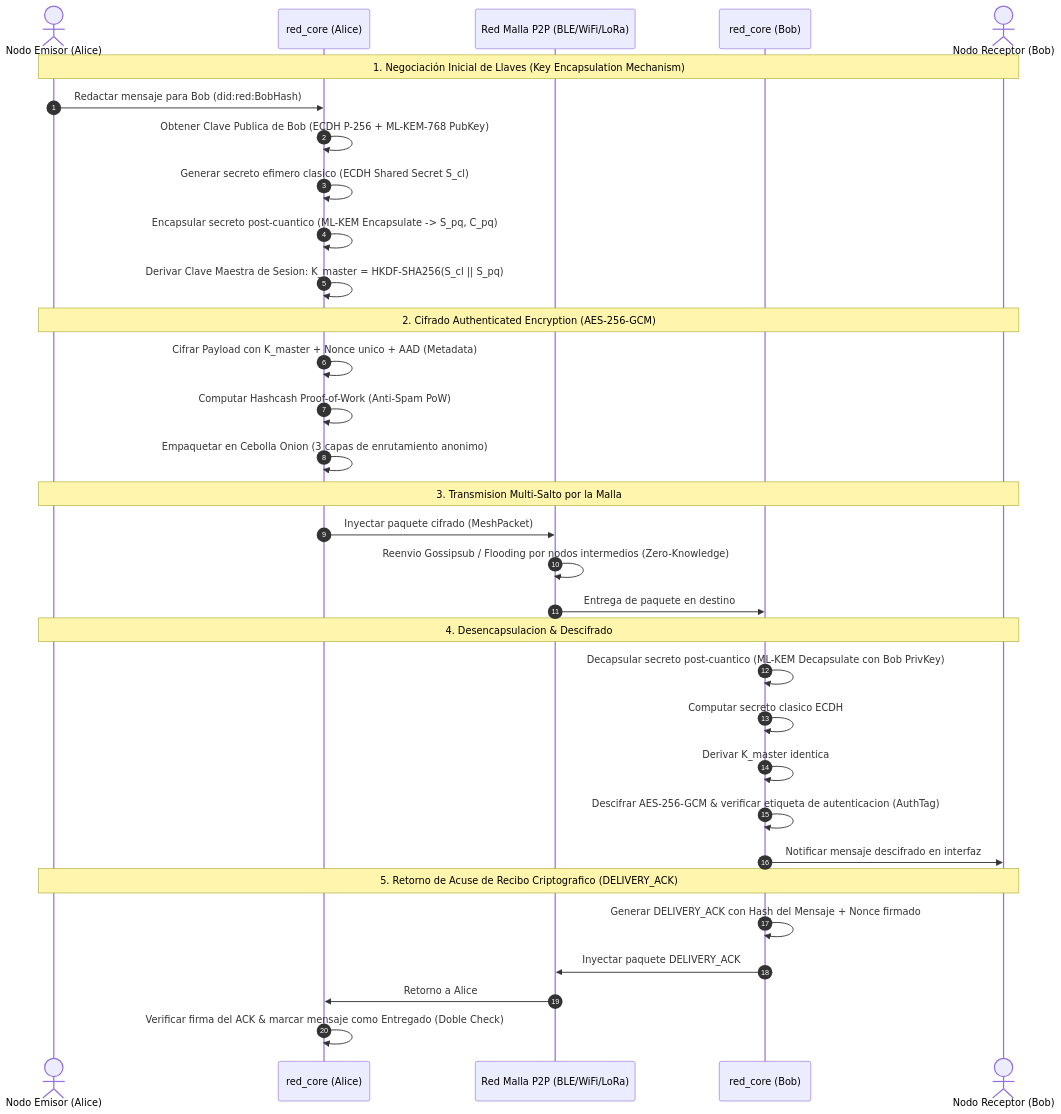
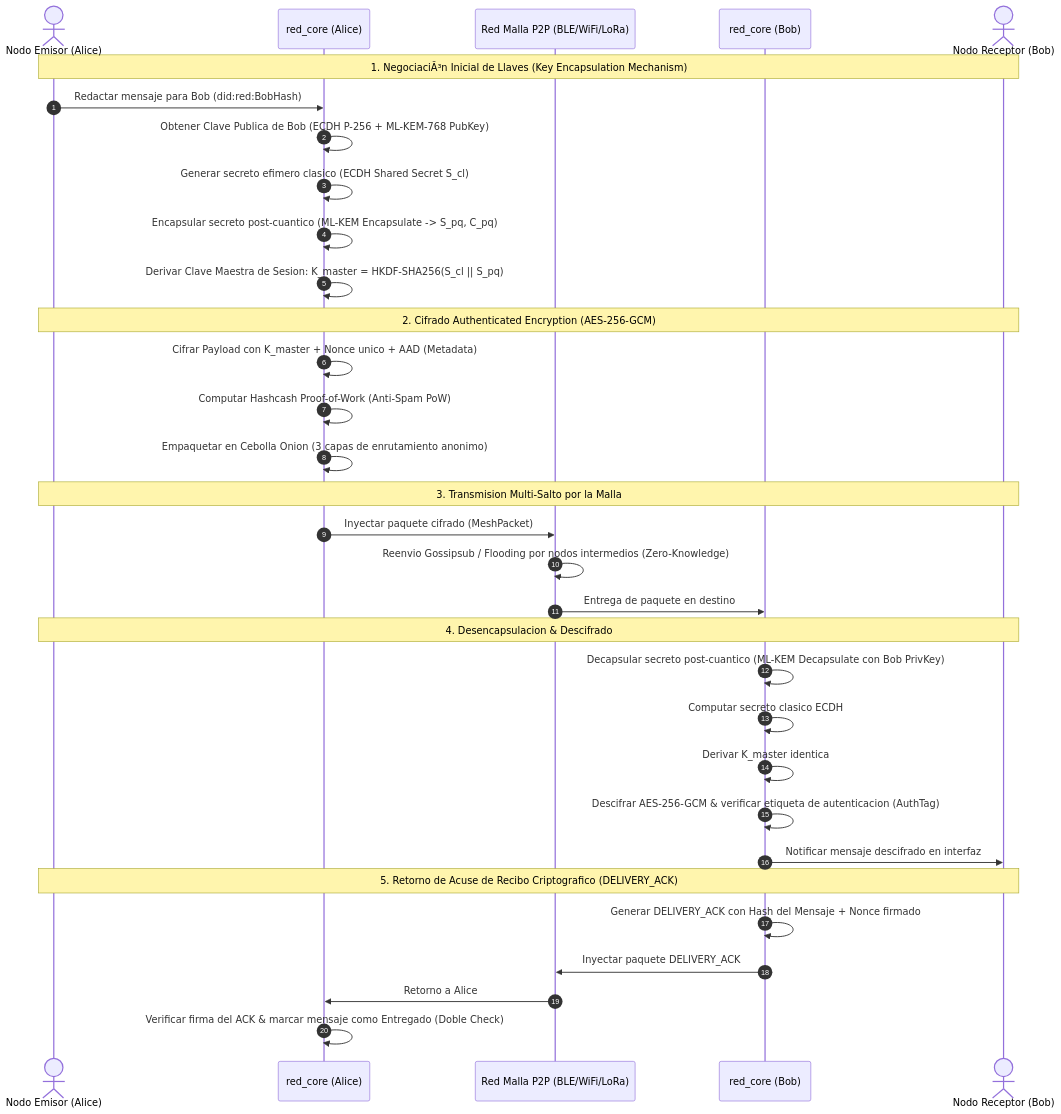
The second of 5 diagrams in ARCHITECTURE.md (DarckRovert/RED), drawn with Mermaid before and after one commit. The commit also changed other lines of this file and 49 other files, not shown here.

````diff
--- a/ARCHITECTURE.md
+++ b/ARCHITECTURE.md
@@ -103,39 +103,39 @@
 ```mermaid
 sequenceDiagram
     autonumber
     actor Alice as Nodo Emisor (Alice)
     participant CoreA as red_core (Alice)
     participant Mesh as Red Malla P2P (BLE/WiFi/LoRa)
     participant CoreB as red_core (Bob)
     actor Bob as Nodo Receptor (Bob)
 
-    Note over Alice,Bob: 1. Negociación Inicial de Llaves (Key Encapsulation Mechanism)
+    Note over Alice,Bob: 1. NegociaciÃ³n Inicial de Llaves (Key Encapsulation Mechanism)
     Alice->>CoreA: Redactar mensaje para Bob (did:red:BobHash)
     CoreA->>CoreA: Obtener Clave Publica de Bob (ECDH P-256 + ML-KEM-768 PubKey)
     CoreA->>CoreA: Generar secreto efimero clasico (ECDH Shared Secret S_cl)
     CoreA->>CoreA: Encapsular secreto post-cuantico (ML-KEM Encapsulate -> S_pq, C_pq)
     CoreA->>CoreA: Derivar Clave Maestra de Sesion: K_master = HKDF-SHA256(S_cl || S_pq)
 
     Note over Alice,Bob: 2. Cifrado Authenticated Encryption (AES-256-GCM)
     CoreA->>CoreA: Cifrar Payload con K_master + Nonce unico + AAD (Metadata)
     CoreA->>CoreA: Computar Hashcash Proof-of-Work (Anti-Spam PoW)
     CoreA->>CoreA: Empaquetar en Cebolla Onion (3 capas de enrutamiento anonimo)
 
     Note over Alice,Bob: 3. Transmision Multi-Salto por la Malla
     CoreA->>Mesh: Inyectar paquete cifrado (MeshPacket)
     Mesh->>Mesh: Reenvio Gossipsub / Flooding por nodos intermedios (Zero-Knowledge)
     Mesh->>CoreB: Entrega de paquete en destino
 
     Note over Alice,Bob: 4. Desencapsulacion & Descifrado
     CoreB->>CoreB: Decapsular secreto post-cuantico (ML-KEM Decapsulate con Bob PrivKey)
     CoreB->>CoreB: Computar secreto clasico ECDH
     CoreB->>CoreB: Derivar K_master identica
     CoreB->>CoreB: Descifrar AES-256-GCM & verificar etiqueta de autenticacion (AuthTag)
     CoreB->>Bob: Notificar mensaje descifrado en interfaz
 
     Note over Alice,Bob: 5. Retorno de Acuse de Recibo Criptografico (DELIVERY_ACK)
     CoreB->>CoreB: Generar DELIVERY_ACK con Hash del Mensaje + Nonce firmado
     CoreB->>Mesh: Inyectar paquete DELIVERY_ACK
     Mesh->>CoreA: Retorno a Alice
     CoreA->>CoreA: Verificar firma del ACK & marcar mensaje como Entregado (Doble Check)
 ```
````
